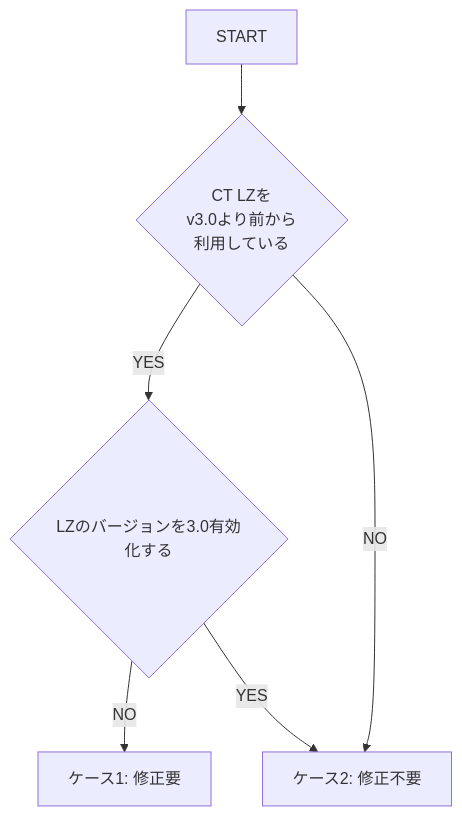
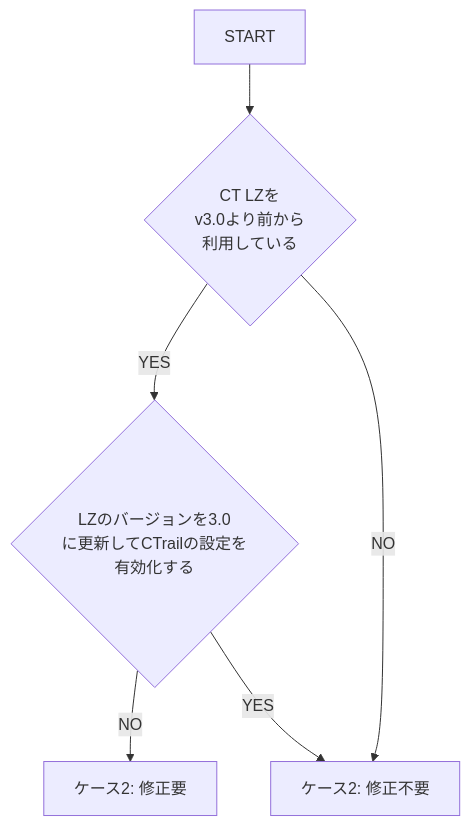
The diagram in doc/update-for-landigzon30.md (aws-samples/baseline-environment-on-aws-for-financial-services-institute), drawn with Mermaid before and after one commit. The commit also changed 54 other files, not shown here.

````diff
--- a/doc/update-for-landigzon30.md
+++ b/doc/update-for-landigzon30.md
@@ -29,8 +29,8 @@
 ```mermaid
 flowchart TD
 A[START] --> B{CT LZを<br>v3.0より前から<br>利用している}
-B -->|YES| D{LZのバージョンを3.0<br<に更新して、CTrailの設定を<br>有効化する}
-D -->|NO| F[ケース1: 修正要]
-D -->|YES| G[ケース2: 修正不要]
-B -->|NO| G
+B -->|YES| C{LZのバージョンを3.0<br>に更新してCTrailの設定を<br>有効化する}
+C -->|NO| D[ケース2: 修正要]
+C -->|YES| E[ケース2: 修正不要]
+B -->|NO| E
 ```
````
